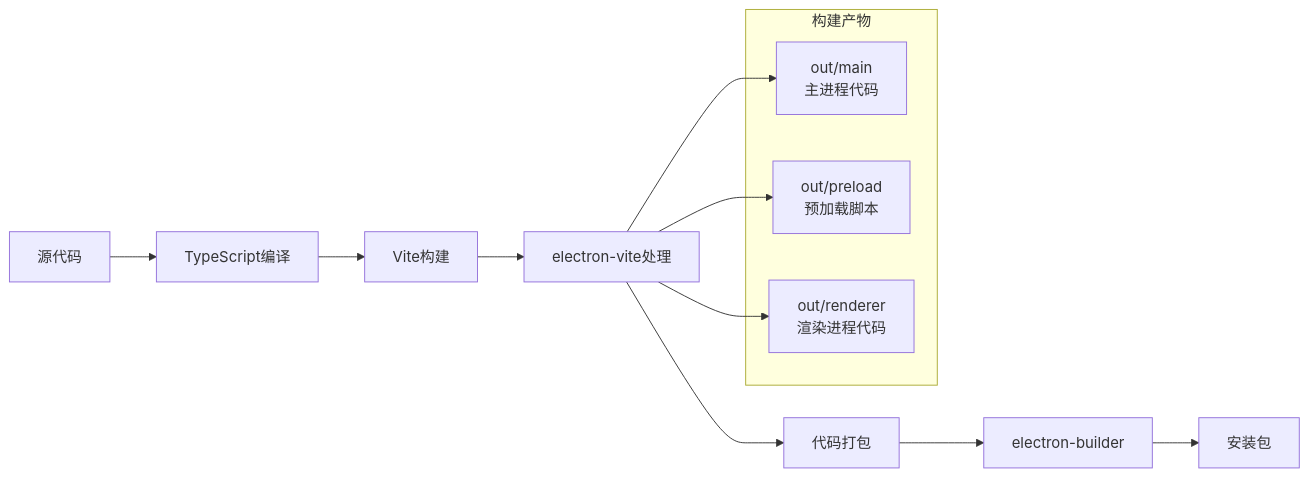
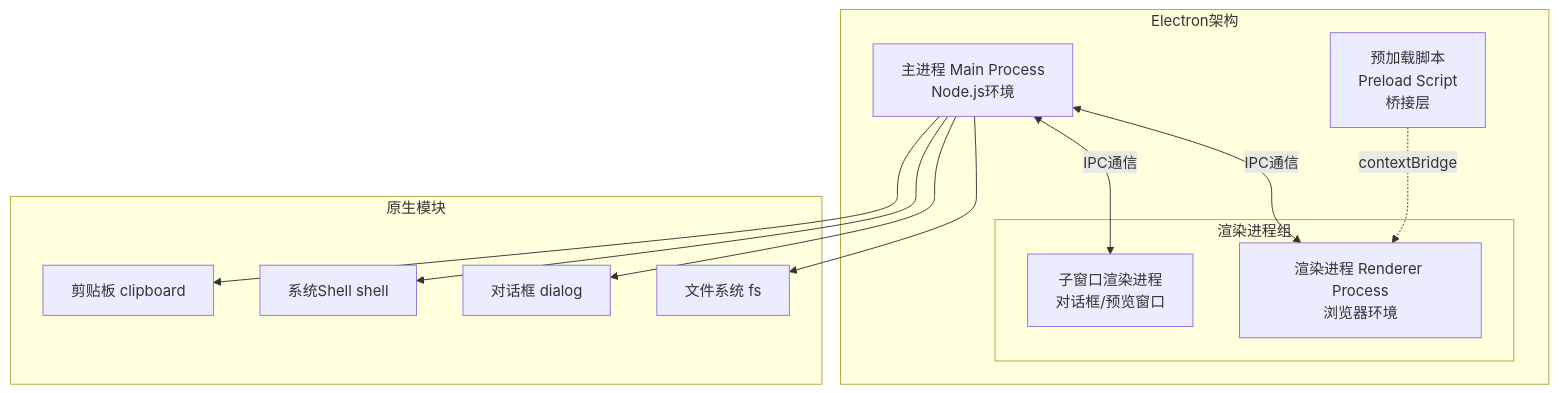
The sixth of 34 diagrams in doc/架构文档.md (hemy08/BaiZeNotesByVue), drawn with Mermaid before and after one commit. The commit also changed other lines of this file and 41 other files, not shown here.

````diff
--- a/doc/架构文档.md
+++ b/doc/架构文档.md
@@ -596,19 +281,29 @@
 ```mermaid
-graph LR
-    A[源代码] --> B[TypeScript编译]
-    B --> C[Vite构建]
-    C --> D[electron-vite处理]
-    D --> E[代码打包]
-    E --> F[electron-builder]
-    F --> G[安装包]
-
-    subgraph "构建产物"
-        H1[out/main<br/>主进程代码]
-        H2[out/preload<br/>预加载脚本]
-        H3[out/renderer<br/>渲染进程代码]
+graph TB
+    subgraph Electron架构
+        MAIN[主进程 Main Process<br/>Node.js环境]
+        
+        subgraph 渲染进程组
+            RENDERER[渲染进程 Renderer Process<br/>浏览器环境]
+            RENDERER2[子窗口渲染进程<br/>对话框/预览窗口]
+        end
+        
+        PRELOAD[预加载脚本<br/>Preload Script<br/>桥接层]
+        
+        MAIN <-->|IPC通信| RENDERER
+        MAIN <-->|IPC通信| RENDERER2
+        PRELOAD -.->|contextBridge| RENDERER
     end
-
-    D --> H1
-    D --> H2
-    D --> H3
+    
+    subgraph 原生模块
+        FS[文件系统 fs]
+        DIALOG[对话框 dialog]
+        SHELL[系统Shell shell]
+        CLIPBOARD[剪贴板 clipboard]
+    end
+    
+    MAIN --> FS
+    MAIN --> DIALOG
+    MAIN --> SHELL
+    MAIN --> CLIPBOARD
 ```
````
